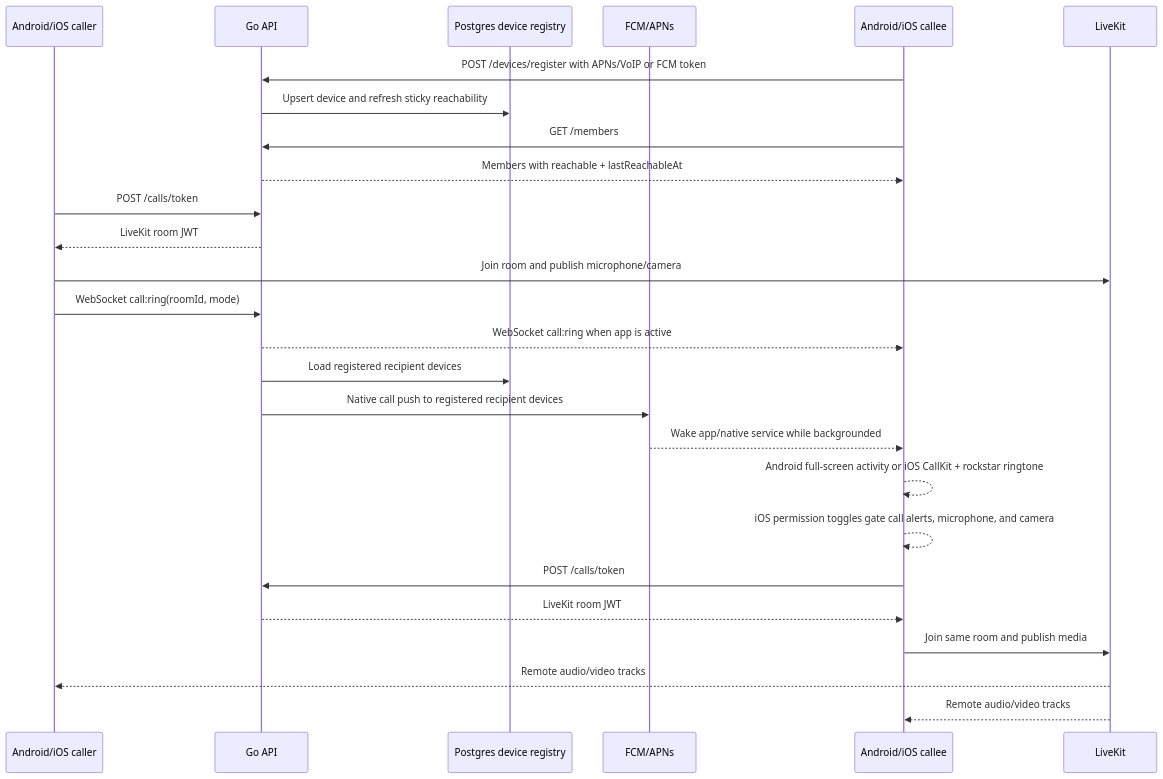
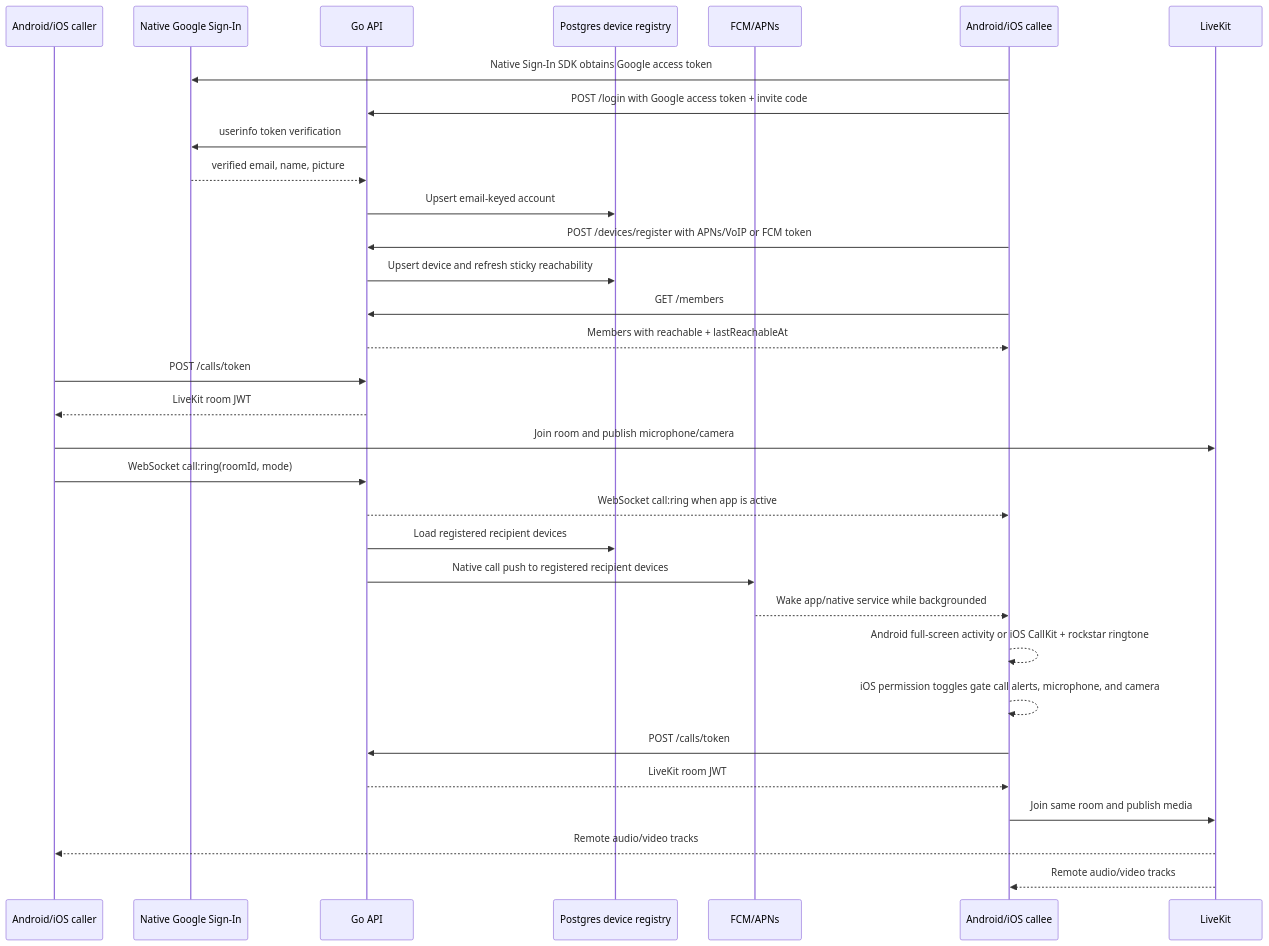
Before and after one commit to calvarado2004/phone-levelg: the second of 3 diagrams in README.md, drawn with Mermaid. The commit also changed other lines of this file and 10 other files, not shown here.

Commit message:
Use native Google sign-in for mobile

````diff
--- a/README.md
+++ b/README.md
@@ -92,29 +96,35 @@
 ```mermaid
 sequenceDiagram
   participant Caller as Android/iOS caller
+  participant Google as Native Google Sign-In
   participant API as Go API
   participant DB as Postgres device registry
   participant Push as FCM/APNs
   participant Callee as Android/iOS callee
   participant LiveKit as LiveKit
 
+  Callee->>Google: Native Sign-In SDK obtains Google access token
+  Callee->>API: POST /login with Google access token + invite code
+  API->>Google: userinfo token verification
+  Google-->>API: verified email, name, picture
+  API->>DB: Upsert email-keyed account
   Callee->>API: POST /devices/register with APNs/VoIP or FCM token
   API->>DB: Upsert device and refresh sticky reachability
   Callee->>API: GET /members
   API-->>Callee: Members with reachable + lastReachableAt
   Caller->>API: POST /calls/token
   API-->>Caller: LiveKit room JWT
   Caller->>LiveKit: Join room and publish microphone/camera
   Caller->>API: WebSocket call:ring(roomId, mode)
   API-->>Callee: WebSocket call:ring when app is active
   API->>DB: Load registered recipient devices
   API->>Push: Native call push to registered recipient devices
   Push-->>Callee: Wake app/native service while backgrounded
   Callee-->>Callee: Android full-screen activity or iOS CallKit + rockstar ringtone
   Callee-->>Callee: iOS permission toggles gate call alerts, microphone, and camera
   Callee->>API: POST /calls/token
   API-->>Callee: LiveKit room JWT
   Callee->>LiveKit: Join same room and publish media
   LiveKit-->>Caller: Remote audio/video tracks
   LiveKit-->>Callee: Remote audio/video tracks
 ```
````
